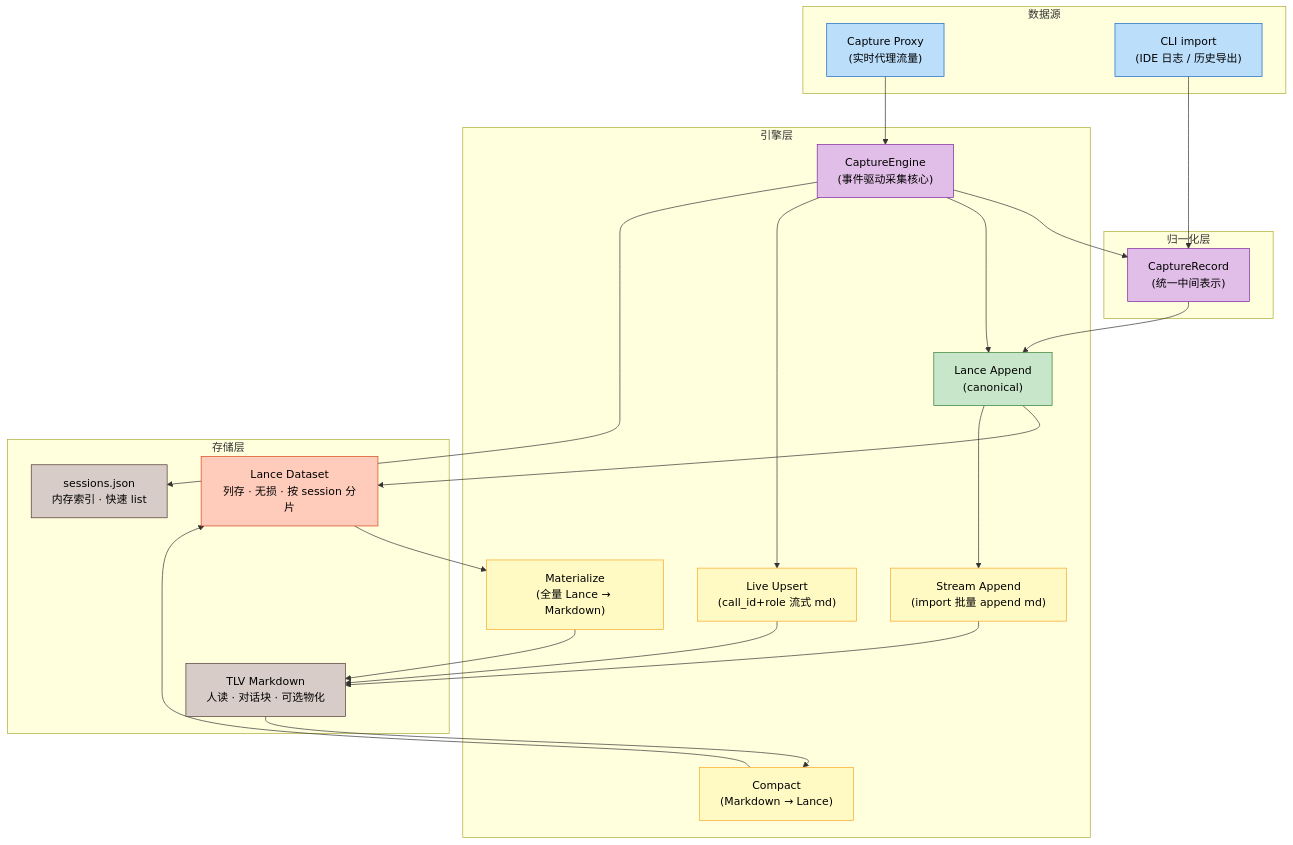
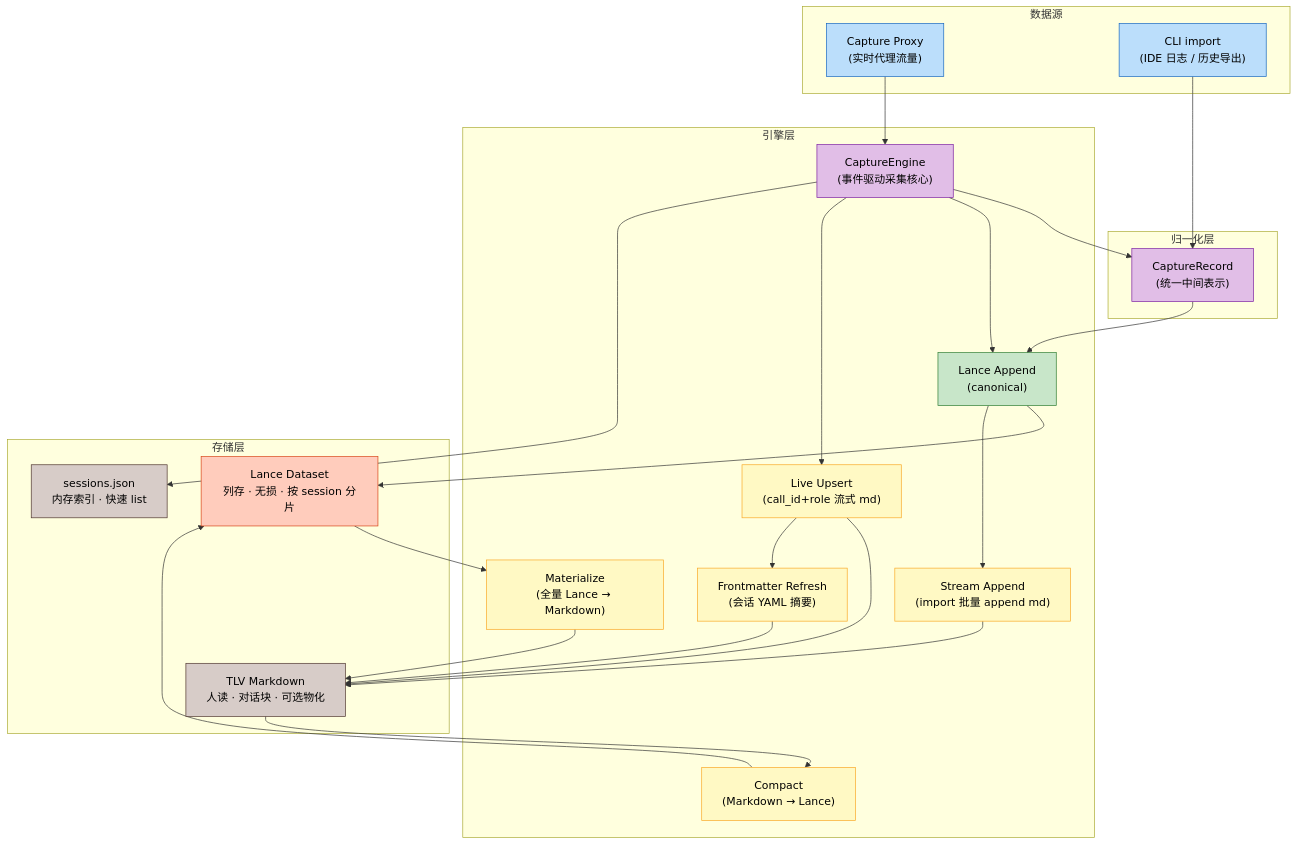
Before and after one commit to DeepLink-org/Persisting: the first of 5 diagrams in docs/src/design/trajectory_storage.zh.md, drawn with Mermaid. The commit also changed other lines of this file and 41 other files, not shown here.

````diff
--- a/docs/src/design/trajectory_storage.zh.md
+++ b/docs/src/design/trajectory_storage.zh.md
@@ -22,49 +22,52 @@
 ```mermaid
 graph TD
     subgraph "数据源"
         S1["Capture Proxy<br/>(实时代理流量)"]:::accent1
         S2["CLI import<br/>(IDE 日志 / 历史导出)"]:::accent1
     end
 
     subgraph "归一化层"
         N["CaptureRecord<br/>(统一中间表示)"]:::accent0
     end
 
     subgraph "引擎层"
         CE["CaptureEngine<br/>(事件驱动采集核心)"]:::accent0
         E1["Lance Append<br/>(canonical)"]:::accent2
         E2["Materialize<br/>(全量 Lance → Markdown)"]:::accent3
         E3["Live Upsert<br/>(call_id+role 流式 md)"]:::accent3
+        E3b["Frontmatter Refresh<br/>(会话 YAML 摘要)"]:::accent3
         E4["Stream Append<br/>(import 批量 append md)"]:::accent3
         E5["Compact<br/>(Markdown → Lance)"]:::accent3
     end
 
     subgraph "存储层"
         L1["Lance Dataset<br/>列存 · 无损 · 按 session 分片"]:::accent4
         L2["TLV Markdown<br/>人读 · 对话块 · 可选物化"]:::accent5
         L3["sessions.json<br/>内存索引 · 快速 list"]:::accent5
     end
 
     S1 --> CE
     S2 --> N
     N --> E1
     CE --> N
     CE --> E1
     CE --> E3
     E1 --> L1
     E3 --> L2
+    E3 --> E3b
+    E3b --> L2
     E1 --> E4
     E4 --> L2
     L1 --> E2
     E2 --> L2
     L2 --> E5
     E5 --> L1
     CE --> L3
 
     classDef accent0 fill:#e1bee7,stroke:#7b1fa2,color:#000
     classDef accent1 fill:#bbdefb,stroke:#1565c0,color:#000
     classDef accent2 fill:#c8e6c9,stroke:#2e7d32,color:#000
     classDef accent3 fill:#fff9c4,stroke:#f9a825,color:#000
     classDef accent4 fill:#ffccbc,stroke:#d84315,color:#000
     classDef accent5 fill:#d7ccc8,stroke:#4e342e,color:#000
 ```
````
